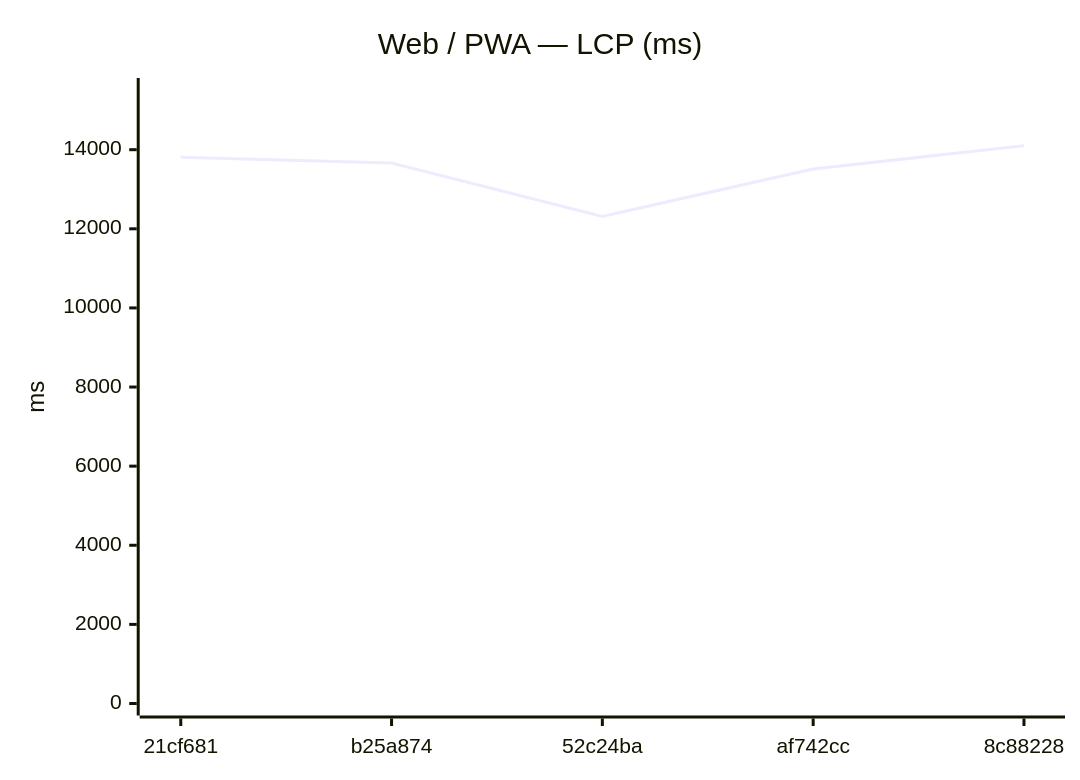
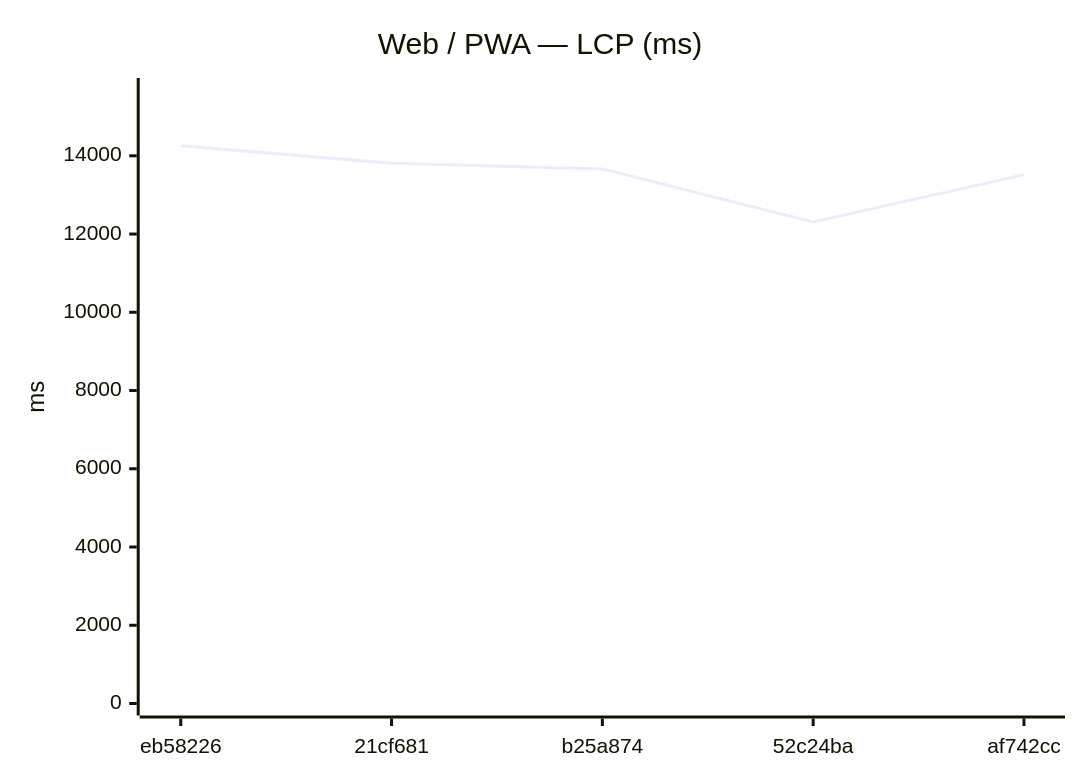
One commit to Metaheurist/Rianell changed the seventh of 18 diagrams in benchmarks/compare.md. Above: the diagram before and after it, drawn with Mermaid. The commit also changed other lines of this file and 11 other files, not shown here.

````diff
--- a/benchmarks/compare.md
+++ b/benchmarks/compare.md
@@ -117,7 +117,7 @@
 ```mermaid
 xychart-beta
     title "Web / PWA — LCP (ms)"
-    x-axis ["21cf681", "b25a874", "52c24ba", "af742cc", "8c88228"]
-    y-axis "ms" 0 --> 15509
-    line [13811, 13665, 12311, 13514, 14099]
+    x-axis ["eb58226", "21cf681", "b25a874", "52c24ba", "af742cc"]
+    y-axis "ms" 0 --> 15682
+    line [14256, 13811, 13665, 12311, 13514]
 ```
````
